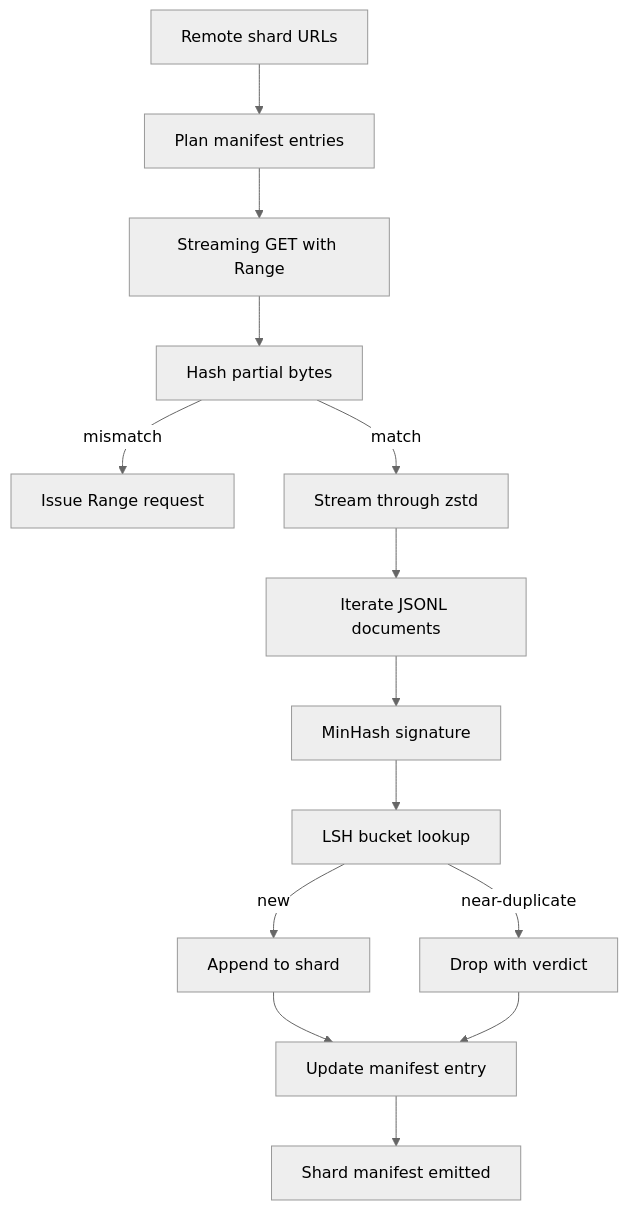
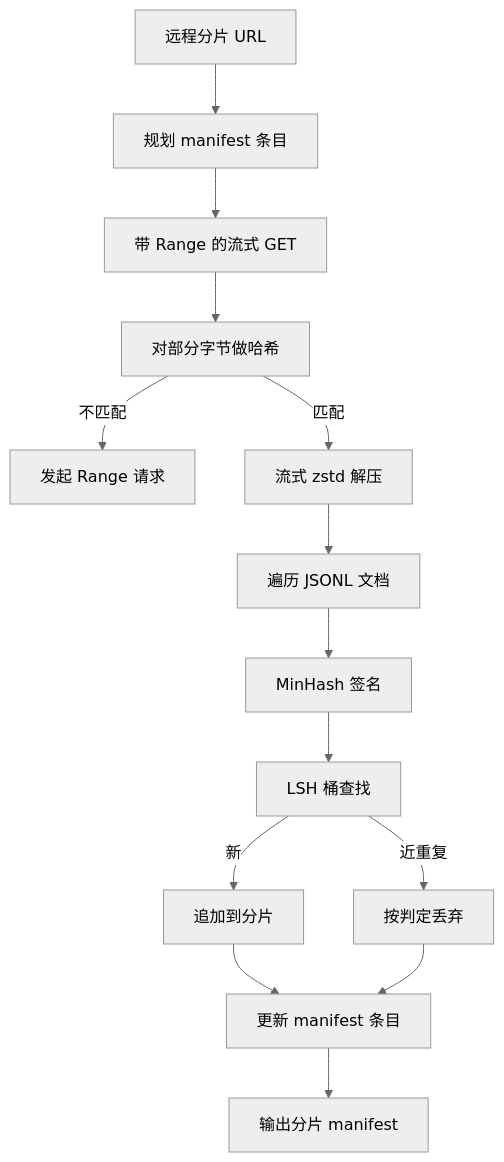
The diagram in phases/19-capstone-projects/42-large-corpus-downloader/docs/zh.md (JerryC8080/ai-engineering-from-scratch-zh), drawn with Mermaid (neutral theme) before and after one commit. The commit also changed 156 other files, not shown here.

First line of the commit message:
i18n(zh): translate mermaid diagram labels in 157 lesson zh.md

````diff
--- a/phases/19-capstone-projects/42-large-corpus-downloader/docs/zh.md
+++ b/phases/19-capstone-projects/42-large-corpus-downloader/docs/zh.md
@@ -29,16 +29,16 @@
 ```mermaid
 flowchart TD
-  Source[Remote shard URLs] --> Plan[Plan manifest entries]
-  Plan --> Download[Streaming GET with Range]
-  Download --> Verify[Hash partial bytes]
-  Verify -->|mismatch| Resume[Issue Range request]
-  Verify -->|match| Decompress[Stream through zstd]
-  Decompress --> Iterate[Iterate JSONL documents]
-  Iterate --> Sig[MinHash signature]
-  Sig --> Bucket[LSH bucket lookup]
-  Bucket -->|new| Keep[Append to shard]
-  Bucket -->|near-duplicate| Drop[Drop with verdict]
-  Keep --> Manifest[Update manifest entry]
+  Source[远程分片 URL] --> Plan[规划 manifest 条目]
+  Plan --> Download[带 Range 的流式 GET]
+  Download --> Verify[对部分字节做哈希]
+  Verify -->|不匹配| Resume[发起 Range 请求]
+  Verify -->|匹配| Decompress[流式 zstd 解压]
+  Decompress --> Iterate[遍历 JSONL 文档]
+  Iterate --> Sig[MinHash 签名]
+  Sig --> Bucket[LSH 桶查找]
+  Bucket -->|新| Keep[追加到分片]
+  Bucket -->|近重复| Drop[按判定丢弃]
+  Keep --> Manifest[更新 manifest 条目]
   Drop --> Manifest
-  Manifest --> Done[Shard manifest emitted]
+  Manifest --> Done[输出分片 manifest]
 ```
````
